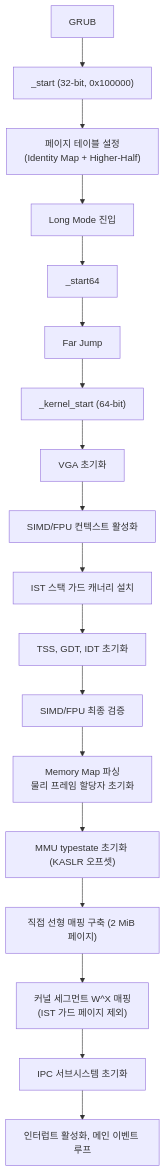
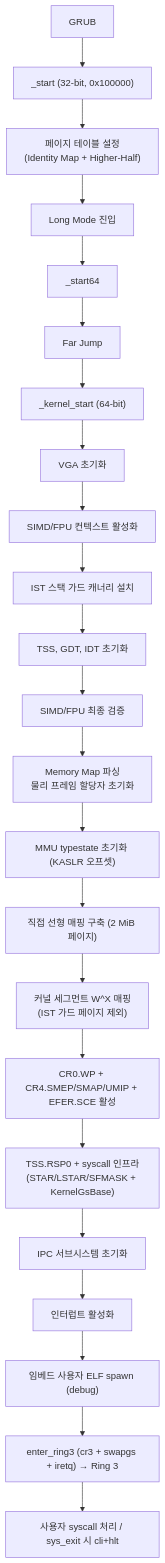
Before and after one commit to Quant-Off/iso-light-k0: the fourth of 4 diagrams in INTRODUCTION.md, drawn with Mermaid. The commit also changed other lines of this file and 27 other files, not shown here.

First line of the commit message:
Ring 3 사용자 공간 생성 (시스템 콜 인프라, ELF 로더, 사용자 크레이트, 부트 통합)

````diff
--- a/INTRODUCTION.md
+++ b/INTRODUCTION.md
@@ -148,20 +148,25 @@
 ```mermaid
 flowchart TB
     A["GRUB"] --> B["_start (32-bit, 0x100000)"]
     B --> C["페이지 테이블 설정<br/>(Identity Map + Higher-Half)"]
     C --> D["Long Mode 진입"]
     D --> E["_start64"]
     E --> F["Far Jump"]
     F --> G["_kernel_start (64-bit)"]
     G --> H["VGA 초기화"]
     H --> I["SIMD/FPU 컨텍스트 활성화"]
     I --> J["IST 스택 가드 캐너리 설치"]
     J --> K["TSS, GDT, IDT 초기화"]
     K --> L["SIMD/FPU 최종 검증"]
     L --> M["Memory Map 파싱<br/>물리 프레임 할당자 초기화"]
     M --> N["MMU typestate 초기화 (KASLR 오프셋)"]
     N --> O["직접 선형 매핑 구축 (2 MiB 페이지)"]
     O --> P["커널 세그먼트 W^X 매핑<br/>(IST 가드 페이지 제외)"]
-    P --> Q["IPC 서브시스템 초기화"]
-    Q --> R["인터럽트 활성화, 메인 이벤트 루프"]
+    P --> P1["CR0.WP + CR4.SMEP/SMAP/UMIP + EFER.SCE 활성"]
+    P1 --> P2["TSS.RSP0 + syscall 인프라(STAR/LSTAR/SFMASK + KernelGsBase)"]
+    P2 --> Q["IPC 서브시스템 초기화"]
+    Q --> R["인터럽트 활성화"]
+    R --> S["임베드 사용자 ELF spawn (debug)"]
+    S --> T["enter_ring3 (cr3 + swapgs + iretq) → Ring 3"]
+    T --> U["사용자 syscall 처리 / sys_exit 시 cli+hlt"]
 ```
````
